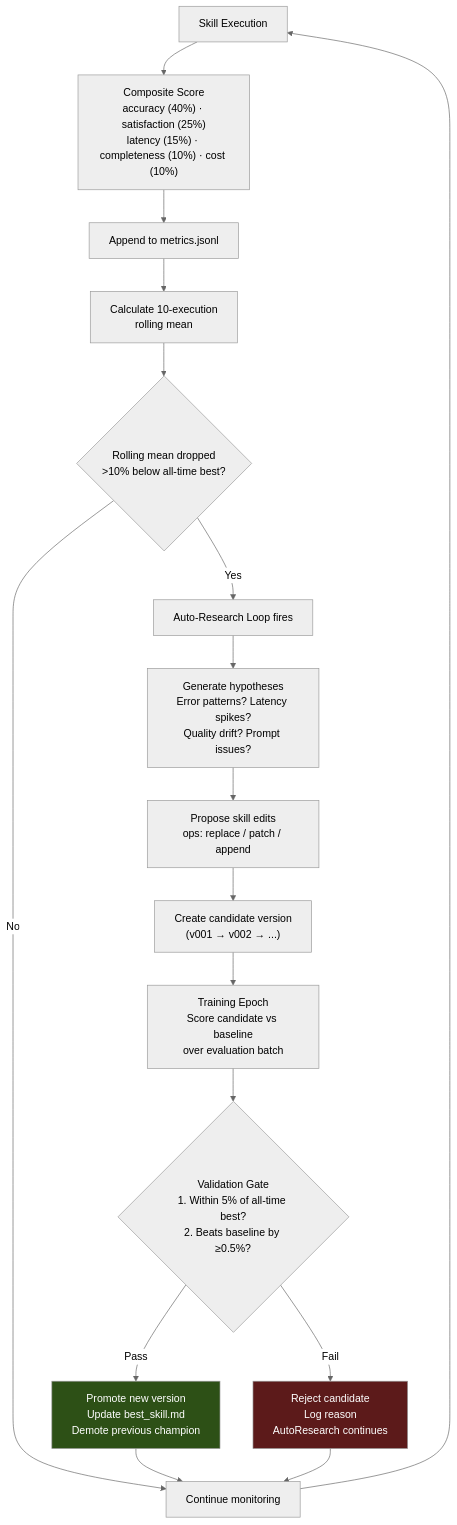
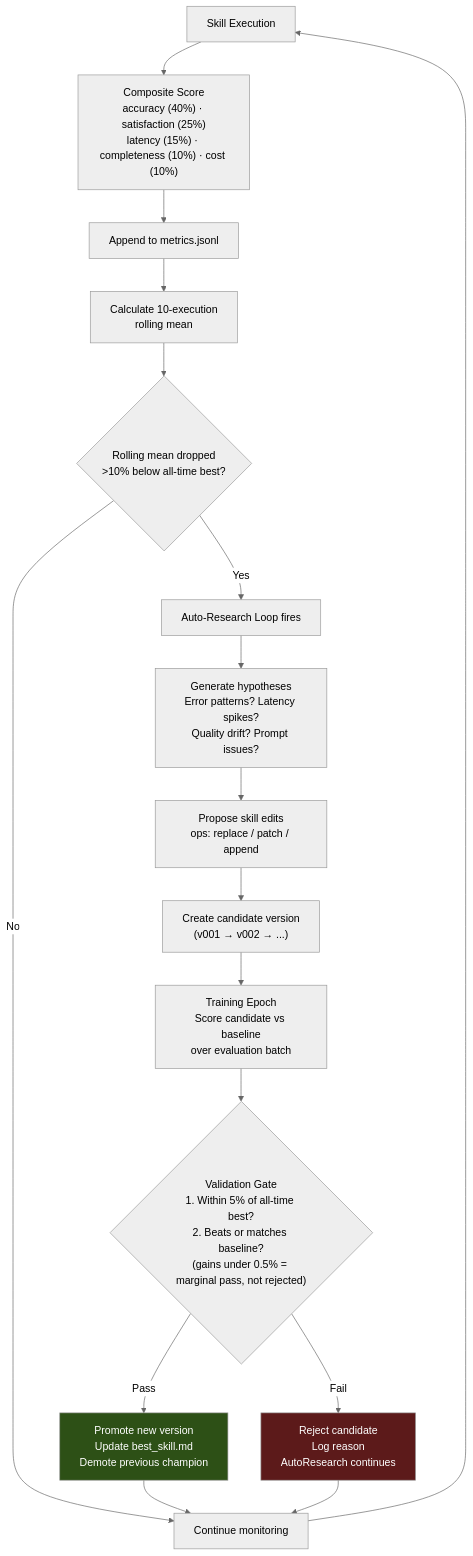
One commit to FutureSpeakAI/Agent-Friday changed the sixth of 8 diagrams in docs/ARCHITECTURE.md. Above: the diagram before and after it, drawn with Mermaid (neutral theme). The commit also changed other lines of this file and 34 other files, not shown here.

````diff
--- a/docs/ARCHITECTURE.md
+++ b/docs/ARCHITECTURE.md
@@ -259,32 +271,32 @@
 ```mermaid
 flowchart TD
     Exec[Skill Execution] --> Score["Composite Score<br/>accuracy (40%) · satisfaction (25%)<br/>latency (15%) · completeness (10%) · cost (10%)"]
 
     Score --> Log[Append to metrics.jsonl]
     Log --> Rolling[Calculate 10-execution<br/>rolling mean]
 
     Rolling --> Check{Rolling mean dropped<br/>>10% below all-time best?}
 
     Check -->|No| Wait[Continue monitoring]
     Check -->|Yes| Research[Auto-Research Loop fires]
 
     Research --> Hypotheses["Generate hypotheses<br/>Error patterns? Latency spikes?<br/>Quality drift? Prompt issues?"]
 
     Hypotheses --> Edits["Propose skill edits<br/>ops: replace / patch / append"]
 
     Edits --> NewVersion["Create candidate version<br/>(v001 → v002 → ...)"]
 
     NewVersion --> Epoch["Training Epoch<br/>Score candidate vs baseline<br/>over evaluation batch"]
 
-    Epoch --> Gate{"Validation Gate<br/>1. Within 5% of all-time best?<br/>2. Beats baseline by ≥0.5%?"}
+    Epoch --> Gate{"Validation Gate<br/>1. Within 5% of all-time best?<br/>2. Beats or matches baseline?<br/>(gains under 0.5% = marginal pass, not rejected)"}
 
     Gate -->|Pass| Promote["Promote new version<br/>Update best_skill.md<br/>Demote previous champion"]
     Gate -->|Fail| Reject["Reject candidate<br/>Log reason<br/>AutoResearch continues"]
 
     Promote --> Wait
     Reject --> Wait
     Wait --> Exec
 
     style Promote fill:#2d5016,color:#fff
     style Reject fill:#5c1a1a,color:#fff
 ```
````
